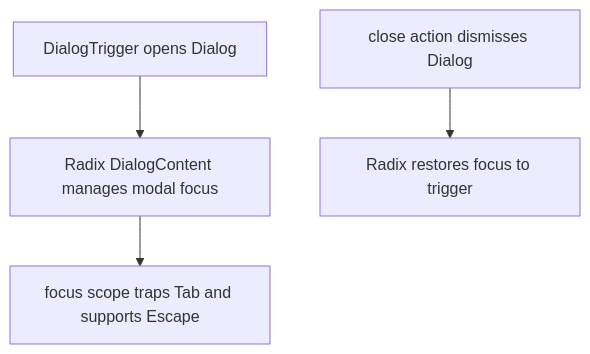
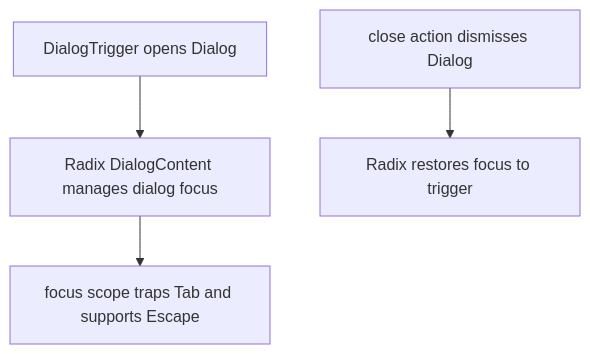
The second of 2 diagrams in user-stories/accessibility/US-KBD-02-modal-keyboard.md (Kevinjohn/capacitylens), drawn with Mermaid before and after one commit. The commit also changed 88 other files, not shown here.

First line of the commit message:
Modal to dialog: rename the form dialog wrapper and remaining names

````diff
--- a/user-stories/accessibility/US-KBD-02-modal-keyboard.md
+++ b/user-stories/accessibility/US-KBD-02-modal-keyboard.md
@@ -36,6 +36,6 @@
 ```mermaid
 flowchart TD
-  trigger["DialogTrigger opens Dialog"] --> primitive["Radix DialogContent manages modal focus"]
+  trigger["DialogTrigger opens Dialog"] --> primitive["Radix DialogContent manages dialog focus"]
   primitive --> trap["focus scope traps Tab and supports Escape"]
   close["close action dismisses Dialog"] --> restore["Radix restores focus to trigger"]
 ```
````
